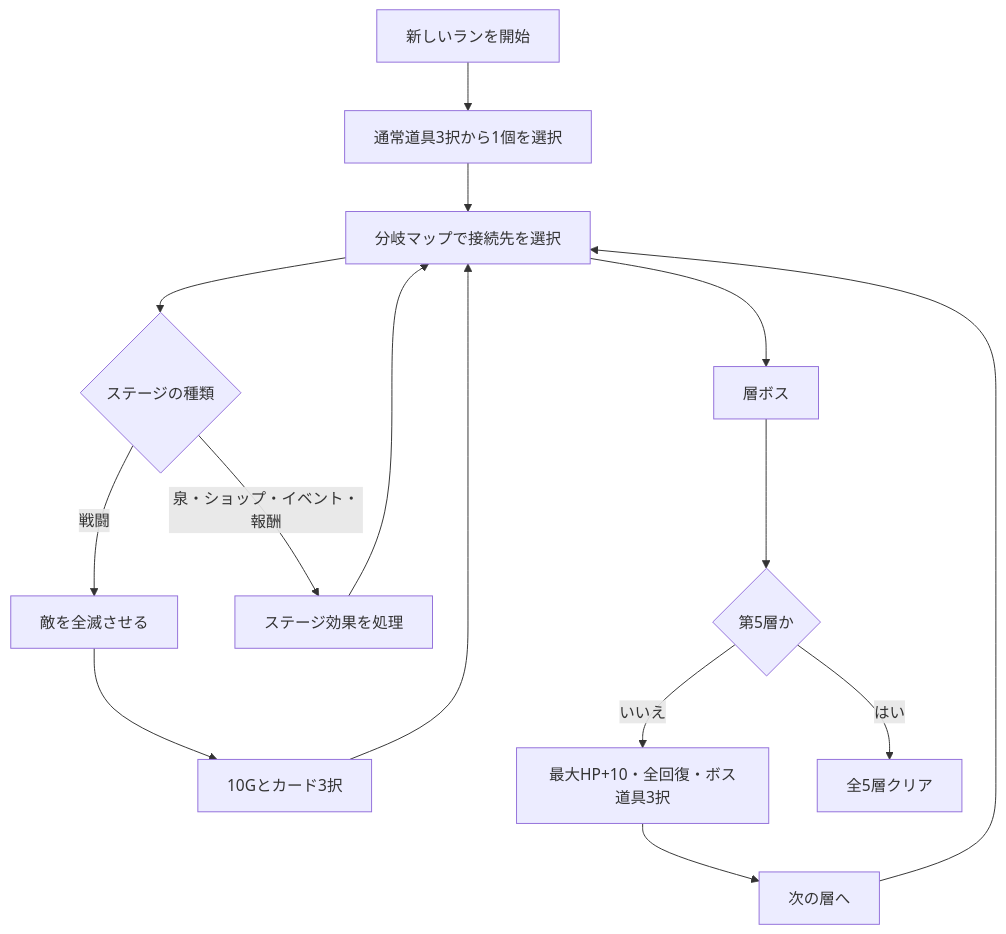
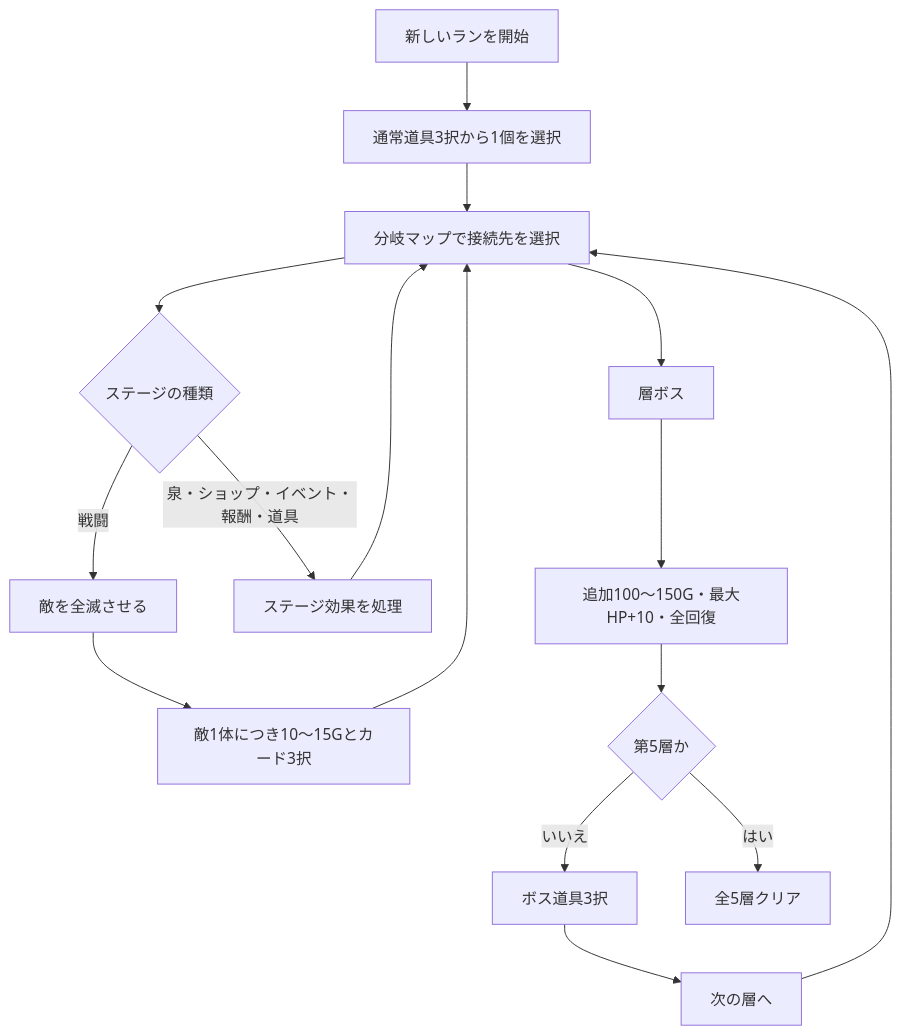
Before and after one commit to rain08080-0o0x/LostPage: the diagram in LostPage企画草案.md, drawn with Mermaid. The commit also changed other lines of this file and 11 other files, not shown here.

````diff
--- a/LostPage企画草案.md
+++ b/LostPage企画草案.md
@@ -41,17 +41,18 @@
 ```mermaid
 flowchart TD
     A["新しいランを開始"] --> B["通常道具3択から1個を選択"]
     B --> C["分岐マップで接続先を選択"]
     C --> D{"ステージの種類"}
     D -->|戦闘| E["敵を全滅させる"]
-    D -->|泉・ショップ・イベント・報酬| F["ステージ効果を処理"]
-    E --> G["10Gとカード3択"]
+    D -->|泉・ショップ・イベント・報酬・道具| F["ステージ効果を処理"]
+    E --> G["敵1体につき10～15Gとカード3択"]
     F --> C
     G --> C
     C --> H["層ボス"]
-    H --> I{"第5層か"}
-    I -->|いいえ| J["最大HP+10・全回復・ボス道具3択"]
+    H --> M["追加100～150G・最大HP+10・全回復"]
+    M --> I{"第5層か"}
+    I -->|いいえ| J["ボス道具3択"]
     J --> K["次の層へ"]
     K --> C
     I -->|はい| L["全5層クリア"]
 ```
````
